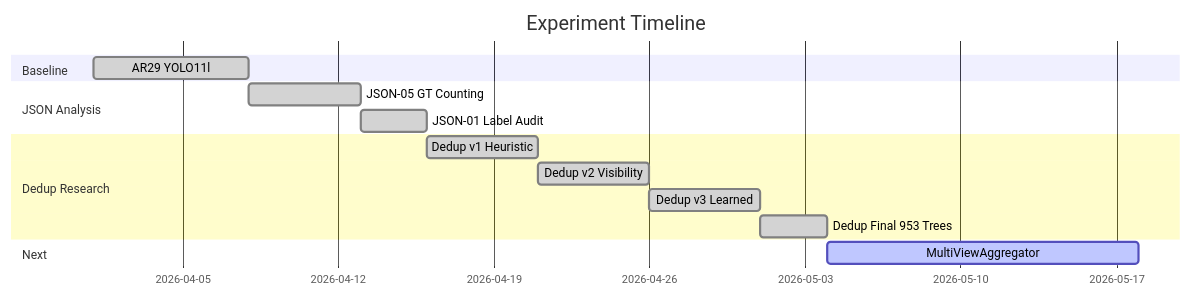
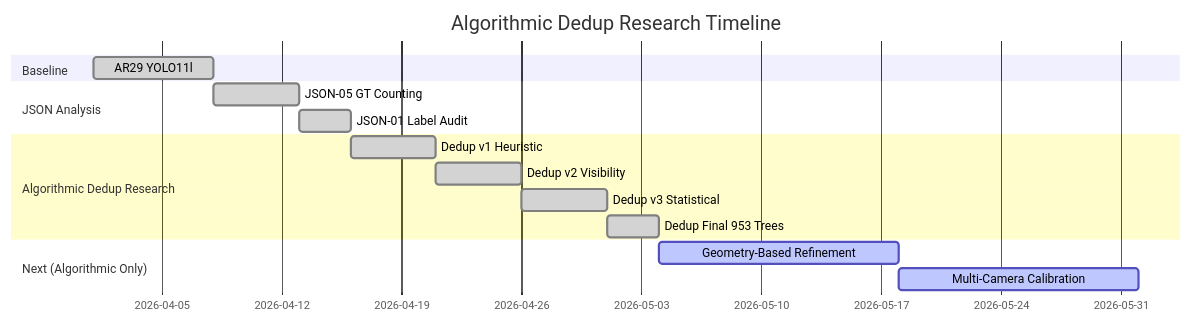
The diagram in README.md (muhammad-zainal-muttaqin/research-method-dedup), drawn with Mermaid before and after one commit. The commit also changed other lines of this file and 5 other files, not shown here.

````diff
--- a/README.md
+++ b/README.md
@@ -34,17 +36,18 @@
 ```mermaid
 gantt
-    title Experiment Timeline
+    title Algorithmic Dedup Research Timeline
     dateFormat YYYY-MM-DD
     section Baseline
     AR29 YOLO11l          :done, a1, 2026-04-01, 7d
     section JSON Analysis
     JSON-05 GT Counting   :done, a2, after a1, 5d
     JSON-01 Label Audit   :done, a3, after a2, 3d
-    section Dedup Research
+    section Algorithmic Dedup Research
     Dedup v1 Heuristic    :done, a4, after a3, 5d
     Dedup v2 Visibility   :done, a5, after a4, 5d
-    Dedup v3 Learned      :done, a6, after a5, 5d
+    Dedup v3 Statistical  :done, a6, after a5, 5d
     Dedup Final 953 Trees :done, a7, after a6, 3d
-    section Next
-    MultiViewAggregator   :active, a8, after a7, 14d
+    section Next (Algorithmic Only)
+    Geometry-Based Refinement :active, a8, after a7, 14d
+    Multi-Camera Calibration  :active, a9, after a8, 14d
 ```
````
